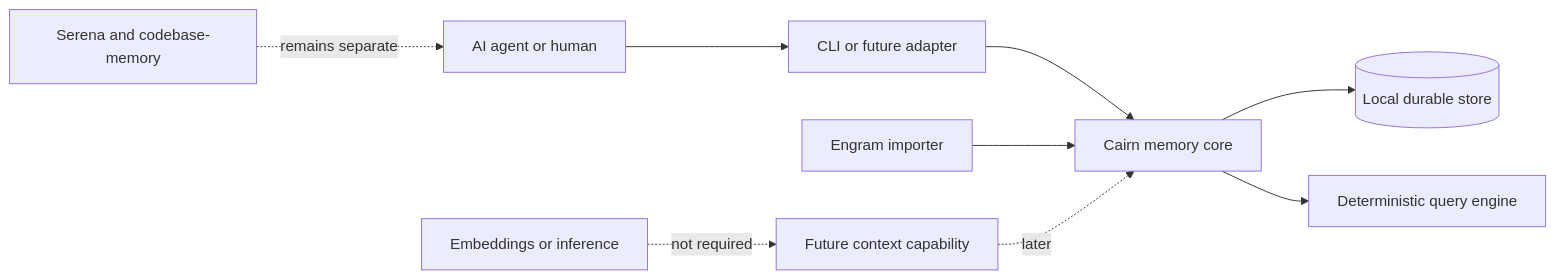
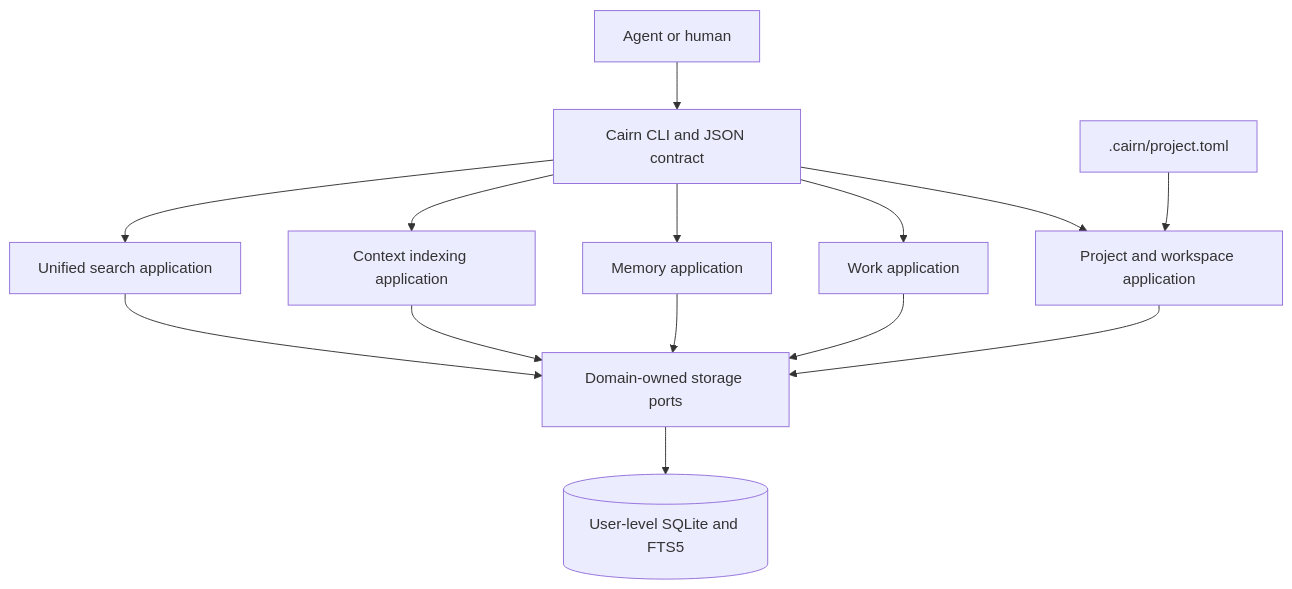
One commit to alex-tgk/cairn changed the diagram in docs/architecture.md. Above: the diagram before and after it, drawn with Mermaid. The commit also changed other lines of this file and 3 other files, not shown here.

````diff
--- a/docs/architecture.md
+++ b/docs/architecture.md
@@ -9,12 +7,18 @@
 ```mermaid
-flowchart LR
-    Agent[AI agent or human] --> Interface[CLI or future adapter]
-    Interface --> Core[Cairn memory core]
-    Core --> Store[(Local durable store)]
-    Core --> Search[Deterministic query engine]
+flowchart TD
+    Agent[Agent or human] --> CLI[Cairn CLI and JSON contract]
+    CLI --> Project[Project and workspace application]
+    CLI --> Work[Work application]
+    CLI --> Memory[Memory application]
+    CLI --> Context[Context indexing application]
+    CLI --> Search[Unified search application]
 
-    Importer[Engram importer] --> Core
-    Context[Future context capability] -. later .-> Core
-    Models[Embeddings or inference] -. not required .-> Context
-    CodeIntel[Serena and codebase-memory] -. remains separate .-> Agent
+    Project --> Ports[Domain-owned storage ports]
+    Work --> Ports
+    Memory --> Ports
+    Context --> Ports
+    Search --> Ports
+
+    Ports --> SQLite[(User-level SQLite and FTS5)]
+    Manifest[.cairn/project.toml] --> Project
 ```
````
